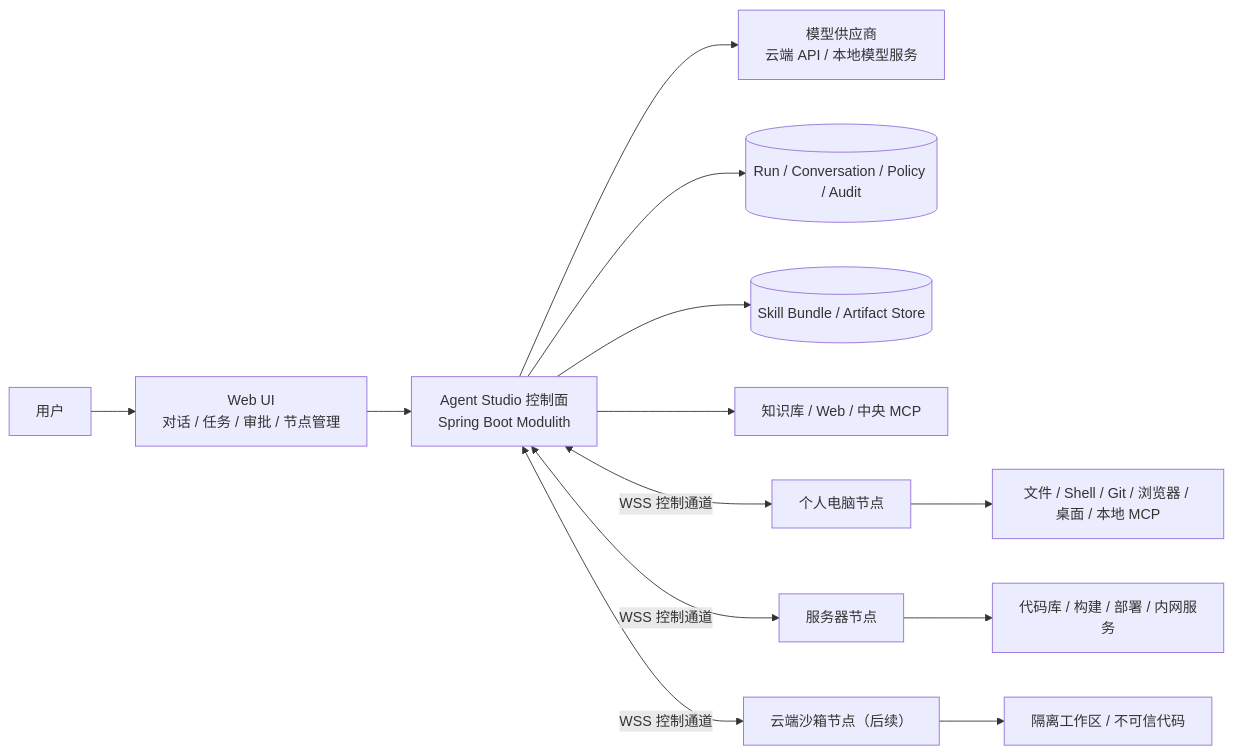
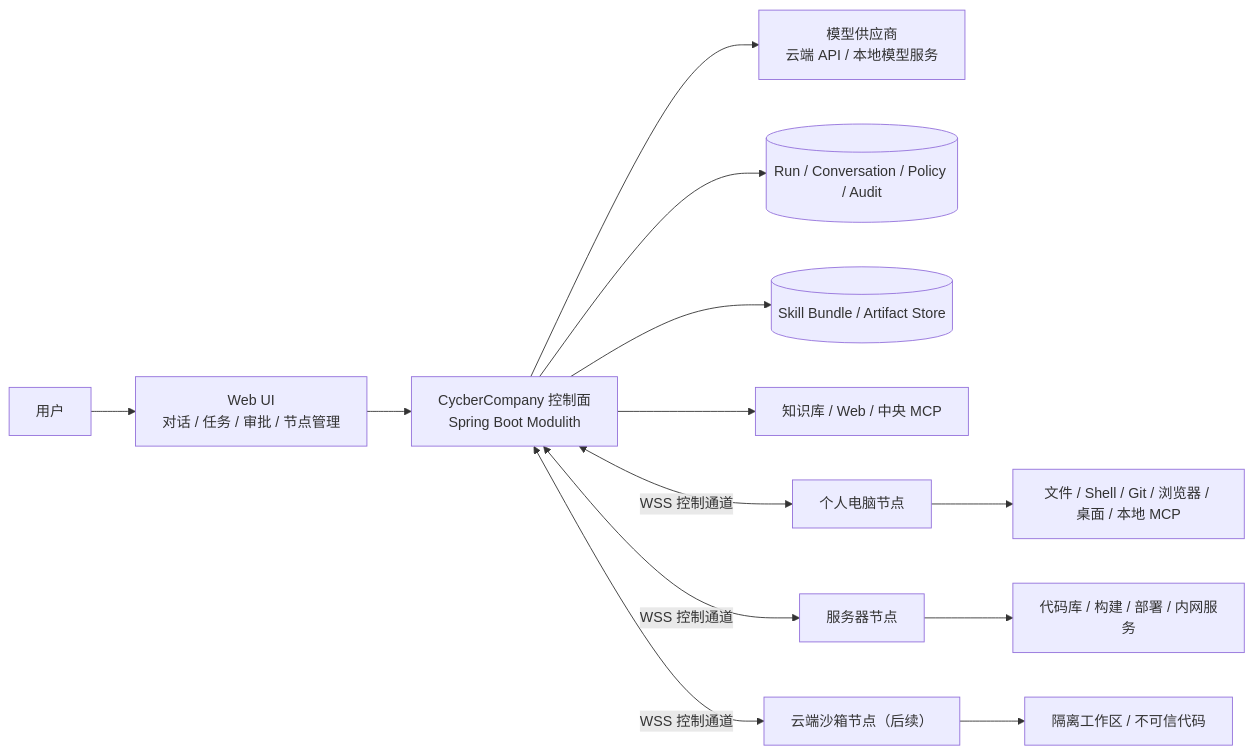
One commit to sunlightFox/cycbercompany-backend changed the first of 4 diagrams in docs/agent-control-plane-node-skill-architecture.md. Above: the diagram before and after it, drawn with Mermaid. The commit also changed other lines of this file and 1327 other files, not shown here.

Commit message:
feat: deliver CycberCompany local execution workflow

````diff
--- a/docs/agent-control-plane-node-skill-architecture.md
+++ b/docs/agent-control-plane-node-skill-architecture.md
@@ -97,18 +97,18 @@
 ```mermaid
 flowchart LR
     U["用户"] --> WEB["Web UI\n对话 / 任务 / 审批 / 节点管理"]
-    WEB --> CP["Agent Studio 控制面\nSpring Boot Modulith"]
+    WEB --> CP["CycberCompany 控制面\nSpring Boot Modulith"]
 
     CP --> MP["模型供应商\n云端 API / 本地模型服务"]
     CP --> DATA[("Run / Conversation / Policy / Audit")]
     CP --> OBJ[("Skill Bundle / Artifact Store")]
     CP --> KB["知识库 / Web / 中央 MCP"]
 
     CP <-->|"WSS 控制通道"| N1["个人电脑节点"]
     CP <-->|"WSS 控制通道"| N2["服务器节点"]
     CP <-->|"WSS 控制通道"| N3["云端沙箱节点（后续）"]
 
     N1 --> LOCAL["文件 / Shell / Git / 浏览器 / 桌面 / 本地 MCP"]
     N2 --> SERVER["代码库 / 构建 / 部署 / 内网服务"]
     N3 --> SANDBOX["隔离工作区 / 不可信代码"]
 ```
````
